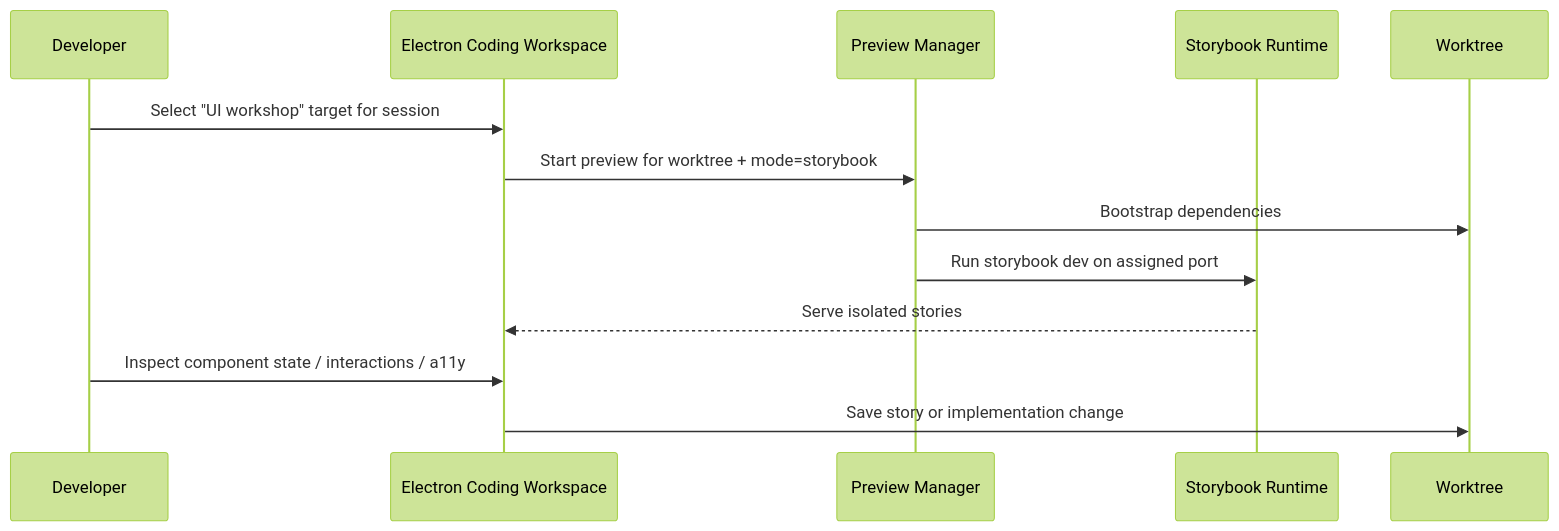
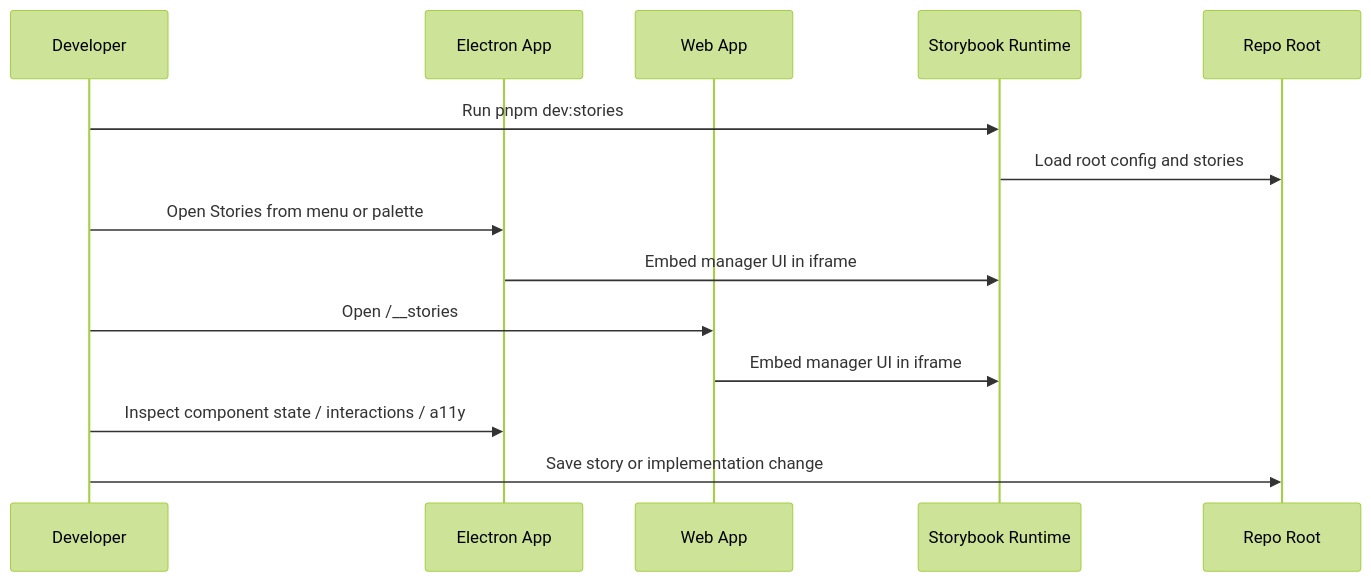
The third of 4 diagrams in docs/explorations/0107_[_]_STORYBOOK_PERFORMANCE_PANEL_AND_ELECTRON_IDE_WORKSHOP.md (crs48/xNet), drawn with Mermaid (forest theme) before and after one commit. The commit also changed other lines of this file, not shown here.

First line of the commit message:
docs(exploration): update Storybook implementation direction

````diff
--- a/docs/explorations/0107_[_]_STORYBOOK_PERFORMANCE_PANEL_AND_ELECTRON_IDE_WORKSHOP.md
+++ b/docs/explorations/0107_[_]_STORYBOOK_PERFORMANCE_PANEL_AND_ELECTRON_IDE_WORKSHOP.md
@@ -227,16 +236,17 @@
 ```mermaid
 sequenceDiagram
   participant Dev as Developer
-  participant IDE as Electron Coding Workspace
-  participant PM as Preview Manager
+  participant ELEC as Electron App
+  participant WEB as Web App
   participant SB as Storybook Runtime
-  participant Repo as Worktree
+  participant Repo as Repo Root
 
-  Dev->>IDE: Select "UI workshop" target for session
-  IDE->>PM: Start preview for worktree + mode=storybook
-  PM->>Repo: Bootstrap dependencies
-  PM->>SB: Run storybook dev on assigned port
-  SB-->>IDE: Serve isolated stories
-  Dev->>IDE: Inspect component state / interactions / a11y
-  IDE->>Repo: Save story or implementation change
+  Dev->>SB: Run pnpm dev:stories
+  SB->>Repo: Load root config and stories
+  Dev->>ELEC: Open Stories from menu or palette
+  ELEC->>SB: Embed manager UI in iframe
+  Dev->>WEB: Open /__stories
+  WEB->>SB: Embed manager UI in iframe
+  Dev->>ELEC: Inspect component state / interactions / a11y
+  Dev->>Repo: Save story or implementation change
 ```
````
